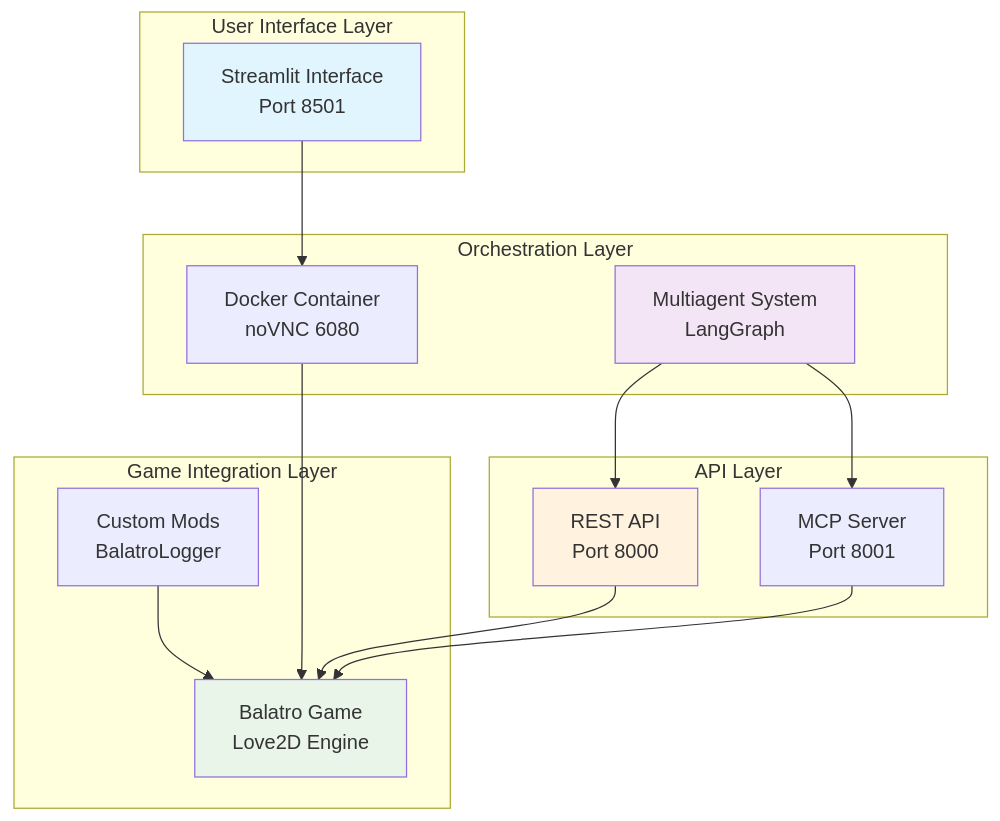
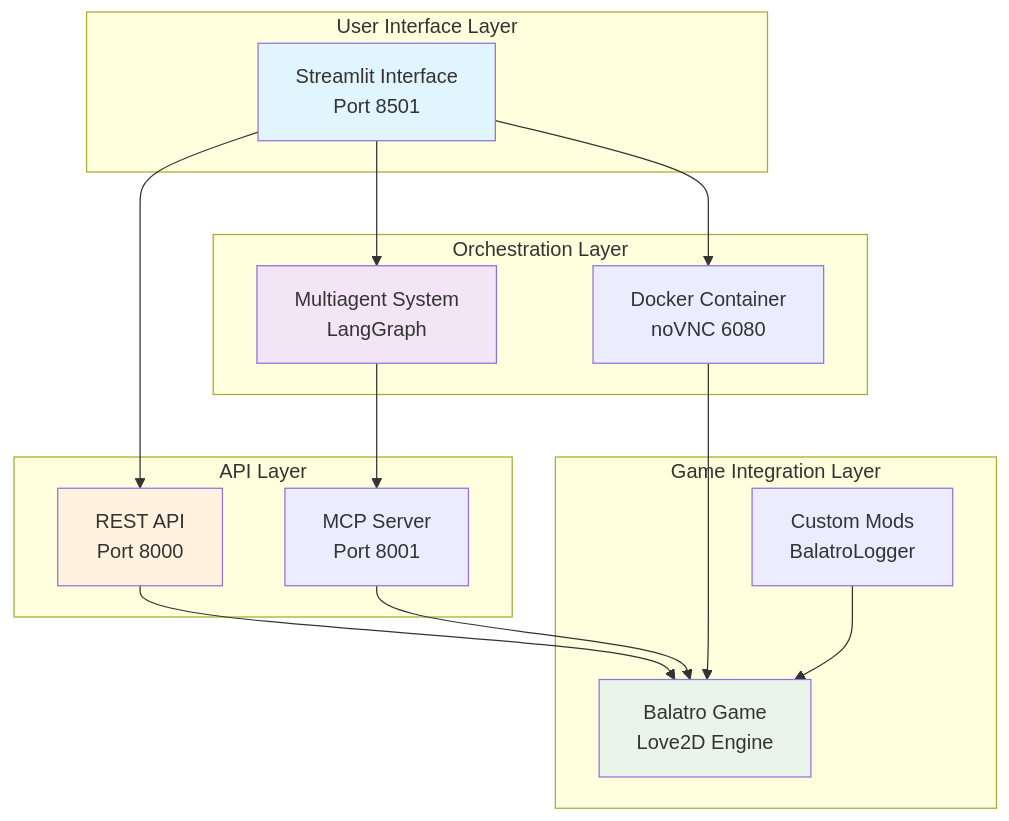
The first of 3 diagrams in README.md (Javier-Jimenez99/JokerNet), drawn with Mermaid before and after one commit. The commit also changed other lines of this file and 1 other file, not shown here.

````diff
--- a/README.md
+++ b/README.md
@@ -54,34 +62,35 @@
 ```mermaid
 graph TB
     subgraph "User Interface Layer"
         A[Streamlit Interface<br/>Port 8501]
     end
 
     subgraph "Orchestration Layer"
         B[Docker Container<br/>noVNC 6080]
         C[Multiagent System<br/>LangGraph]
     end
 
     subgraph "Game Integration Layer"
         D[Balatro Game<br/>Love2D Engine]
         E[Custom Mods<br/>BalatroLogger]
     end
 
     subgraph "API Layer"
         F[REST API<br/>Port 8000]
         G[MCP Server<br/>Port 8001]
     end
 
+    A --> F
     A --> B
-    B --> D
-    C --> F
+    A --> C
     C --> G
     F --> D
     G --> D
+    B --> D
     E --> D
 
     style A fill:#e1f5fe
     style C fill:#f3e5f5
     style D fill:#e8f5e8
     style F fill:#fff3e0
 ```
````
